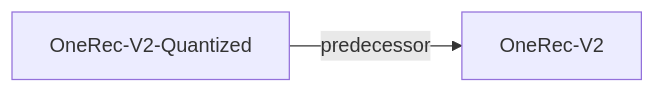
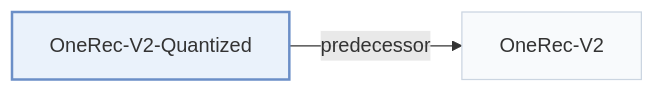
The second of 2 diagrams in pages/papers/onerec-v2-quantized.md (Galaxy-ghost/Awesome-SID-Generative-Rec), drawn with Mermaid before and after one commit. The commit also changed other lines of this file and 649 other files, not shown here.

Commit message:
writer-05: also tags and modality index (schema, check, build, visuals); summary field removed; calibration data for 12 papers

````diff
--- a/pages/papers/onerec-v2-quantized.md
+++ b/pages/papers/onerec-v2-quantized.md
@@ -66,5 +74,9 @@
 ```mermaid
 flowchart LR
     P["OneRec-V2-Quantized"]
-    P -->|predecessor| A["OneRec-V2"]
+    P -->|"predecessor"| A["OneRec-V2"]
+    classDef main fill:#eaf2fb,stroke:#6b8fc7,stroke-width:2px
+    classDef peer fill:#f8fafc,stroke:#cbd5e1
+    class P main
+    class A peer
 ```
````
